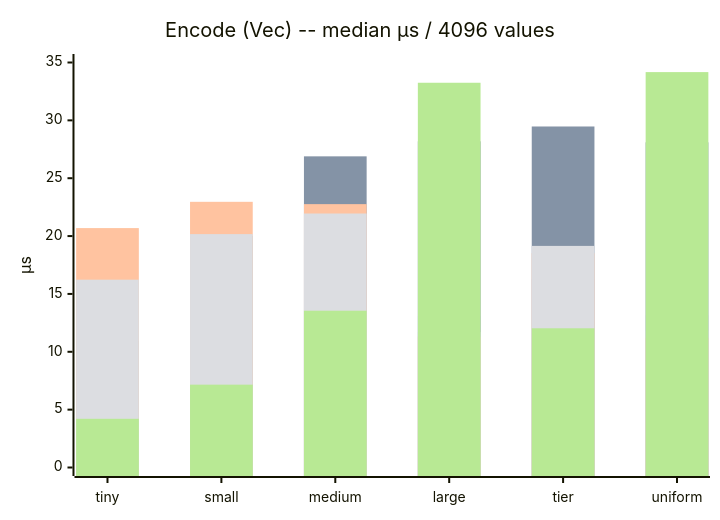
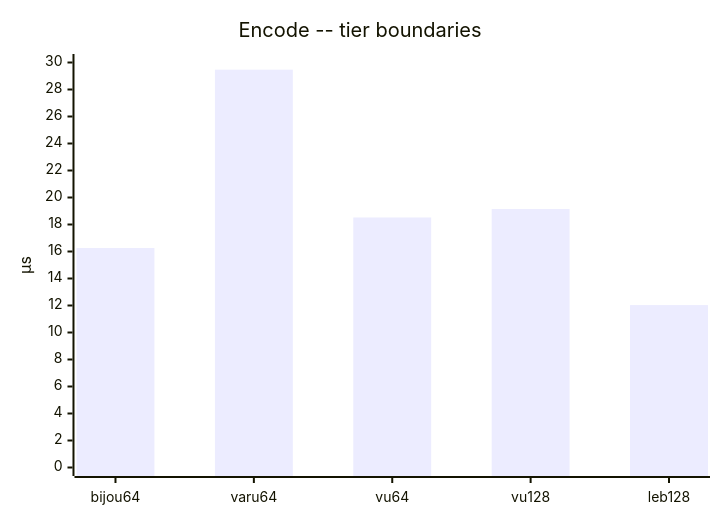
The fifth of 20 diagrams in bijou64/SHOOTOUT_ANALYSIS.md (inkandswitch/subduction), drawn with Mermaid before and after one commit. The commit also changed other lines of this file, not shown here.

````diff
--- a/bijou64/SHOOTOUT_ANALYSIS.md
+++ b/bijou64/SHOOTOUT_ANALYSIS.md
@@ -32,11 +62,7 @@
 ```mermaid
 xychart-beta
-    title "Encode (Vec) -- median µs / 4096 values"
-    x-axis ["tiny", "small", "medium", "large", "tier", "uniform"]
-    y-axis "µs" 0 --> 35
-    bar [2.26, 11.41, 19.29, 13.11, 16.26, 13.15]
-    bar [10.96, 20.00, 26.89, 28.19, 29.47, 28.10]
-    bar [20.69, 22.96, 22.76, 11.30, 18.52, 11.21]
-    bar [16.23, 20.17, 21.95, 11.70, 19.15, 11.84]
-    bar [4.21, 7.16, 13.55, 33.25, 12.03, 34.17]
+    title "Encode -- tier boundaries"
+    x-axis ["bijou64", "varu64", "vu64", "vu128", "leb128"]
+    y-axis "µs" 0 --> 30
+    bar [16.26, 29.47, 18.52, 19.15, 12.03]
 ```
````
